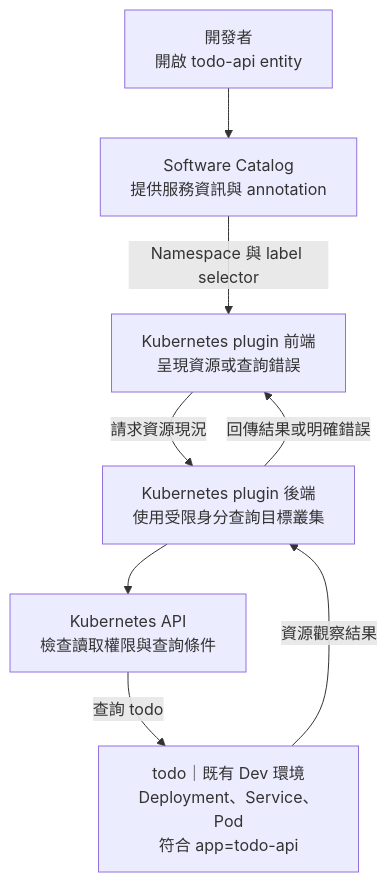
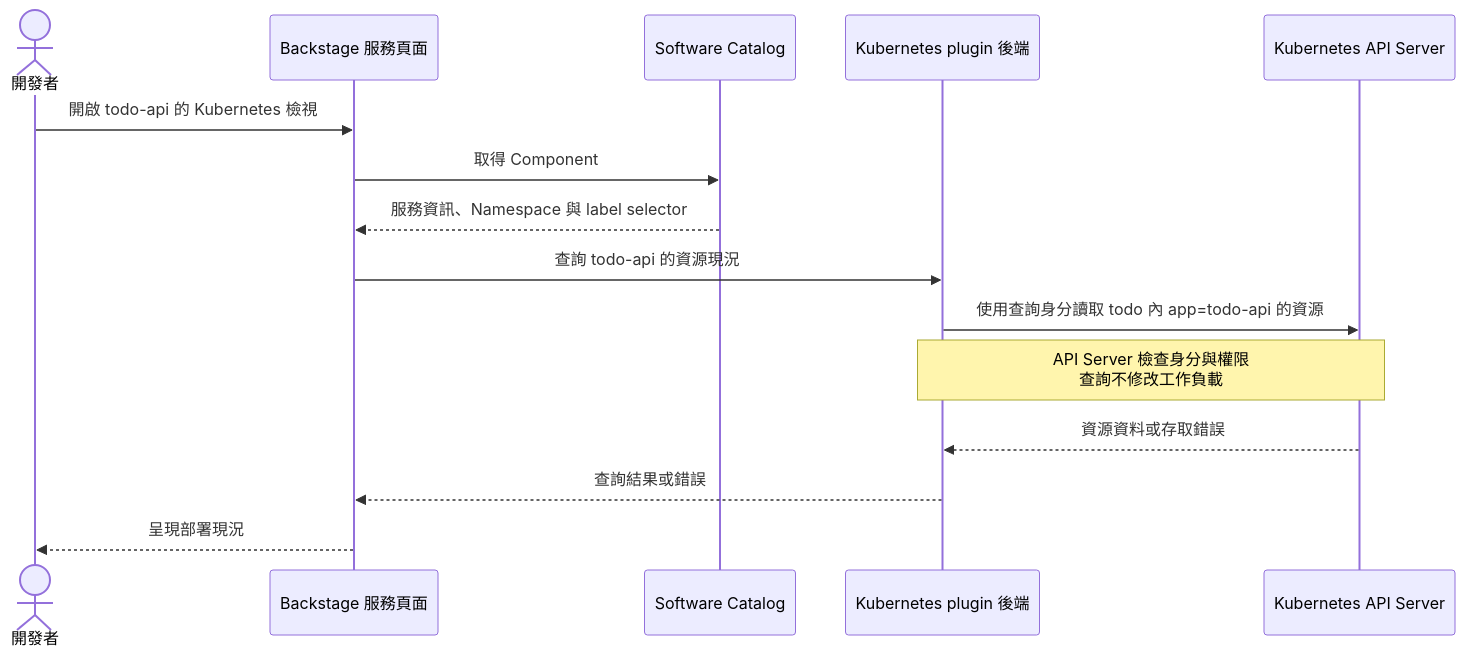
One commit to yrw9281/IT30.Platform.Engineering changed the diagram in doc/zh-tw/D26.md. Above: the diagram before and after it, drawn with Mermaid. The commit also changed other lines of this file and 1 other file, not shown here.

````diff
--- a/doc/zh-tw/D26.md
+++ b/doc/zh-tw/D26.md
@@ -31,17 +57,18 @@
 ```mermaid
-flowchart TD
-    Developer["開發者<br/>開啟 todo-api entity"]
-    Catalog["Software Catalog<br/>提供服務資訊與 annotation"]
-    Frontend["Kubernetes plugin 前端<br/>呈現資源或查詢錯誤"]
-    Backend["Kubernetes plugin 後端<br/>使用受限身分查詢目標叢集"]
-    API["Kubernetes API<br/>檢查讀取權限與查詢條件"]
-    Current["todo｜既有 Dev 環境<br/>Deployment、Service、Pod<br/>符合 app=todo-api"]
+sequenceDiagram
+    actor Developer as 開發者
+    participant UI as Backstage 服務頁面
+    participant Catalog as Software Catalog
+    participant Backend as Kubernetes plugin 後端
+    participant API as Kubernetes API Server
 
-    Developer --> Catalog
-    Catalog -->|"Namespace 與 label selector"| Frontend
-    Frontend -->|"請求資源現況"| Backend
-    Backend --> API
-    API -->|"查詢 todo"| Current
-    Current -->|"資源觀察結果"| Backend
-    Backend -->|"回傳結果或明確錯誤"| Frontend
+    Developer->>UI: 開啟 todo-api 的 Kubernetes 檢視
+    UI->>Catalog: 取得 Component
+    Catalog-->>UI: 服務資訊、Namespace 與 label selector
+    UI->>Backend: 查詢 todo-api 的資源現況
+    Backend->>API: 使用查詢身分讀取 todo 內 app=todo-api 的資源
+    Note over Backend,API: API Server 檢查身分與權限<br/>查詢不修改工作負載
+    API-->>Backend: 資源資料或存取錯誤
+    Backend-->>UI: 查詢結果或錯誤
+    UI-->>Developer: 呈現部署現況
 ```
````
